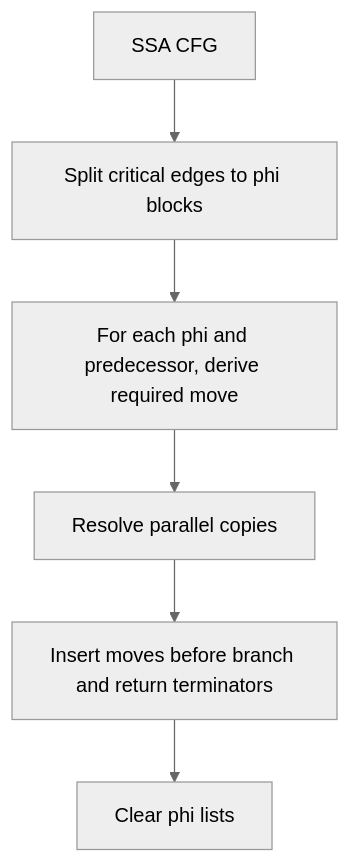
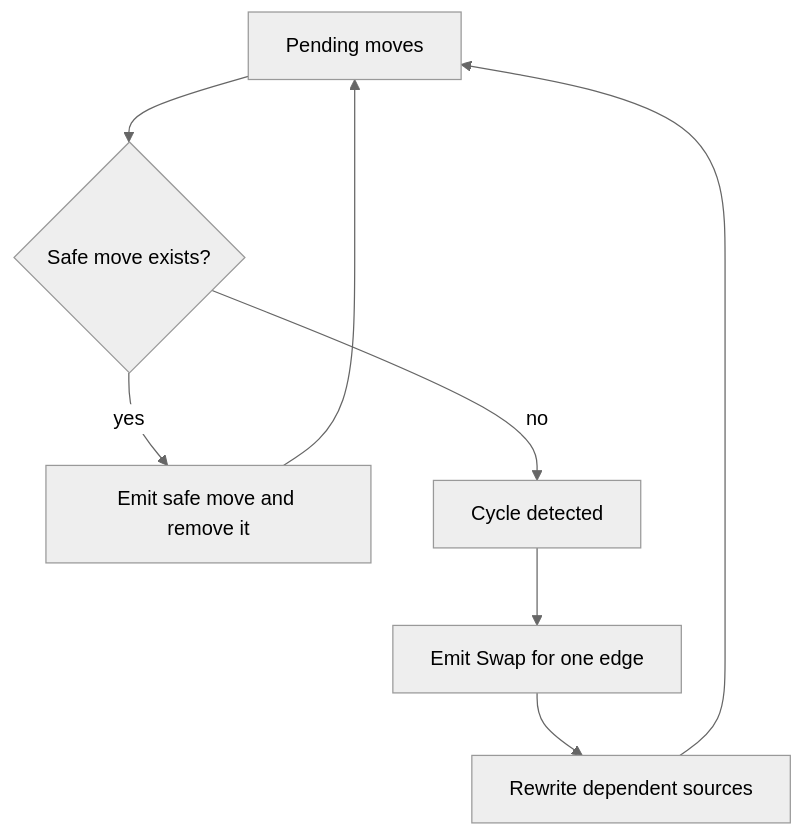
Before and after one commit to NitishM2022/MochaCompiler: the second of 2 diagrams in docs/architecture/ssa-elimination.md, drawn with Mermaid (neutral theme). The commit also changed other lines of this file and 5 other files, not shown here.

Commit message:
docs: deepen compiler internals and streamline architecture docs

````diff
--- a/docs/architecture/ssa-elimination.md
+++ b/docs/architecture/ssa-elimination.md
@@ -9,8 +67,10 @@
 ```mermaid
 flowchart TD
-    A["SSA CFG"] --> B["Split critical edges to phi blocks"]
-    B --> C["For each phi and predecessor, derive required move"]
-    C --> D["Resolve parallel copies"]
-    D --> E["Insert moves before branch and return terminators"]
-    E --> F["Clear phi lists"]
+    A["Pending moves"] --> B{"Safe move exists?"}
+    B -- "yes" --> C["Emit safe move and remove it"]
+    C --> A
+    B -- "no" --> D["Cycle detected"]
+    D --> E["Emit Swap for one edge"]
+    E --> F["Rewrite dependent sources"]
+    F --> A
 ```
````
